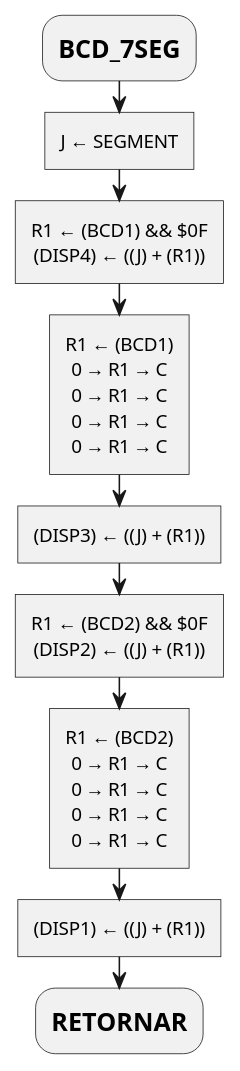
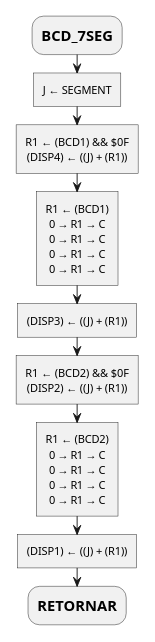
Diagram 14 of 23 in report.md (mlndz28/pr-623), drawn with PlantUML before and after one commit. The commit also changed other lines of this file and 4 other files, not shown here.

Commit message:
docs: Parameters and diagrams

````diff
--- a/report.md
+++ b/report.md
@@ -419,24 +526,26 @@
 ```plantuml
 @startuml
+scale max 400 height
 skinparam monochrome true
 skinparam defaultTextAlignment center
 :=BCD_7SEG;
 :J ← SEGMENT]
 :R1 ← (BCD1) && $0F
 (DISP4) ← ((J) + (R1))]
 :R1 ← (BCD1)
 0 → R1 → C
 0 → R1 → C
 0 → R1 → C
 0 → R1 → C]
 :(DISP3) ← ((J) + (R1))]
 :R1 ← (BCD2) && $0F
 (DISP2) ← ((J) + (R1))]
 :R1 ← (BCD2)
 0 → R1 → C
 0 → R1 → C
 0 → R1 → C
 0 → R1 → C]
 :(DISP1) ← ((J) + (R1))]
 :=RETORNAR;
+@enduml
 ```
````
